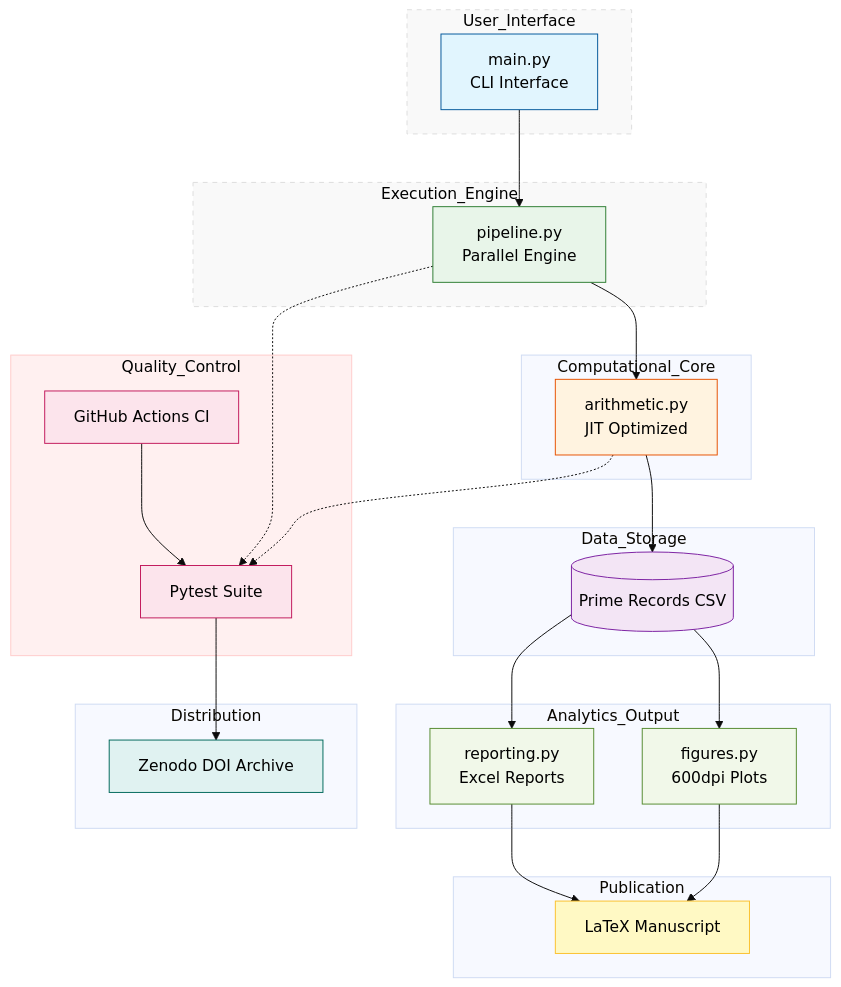
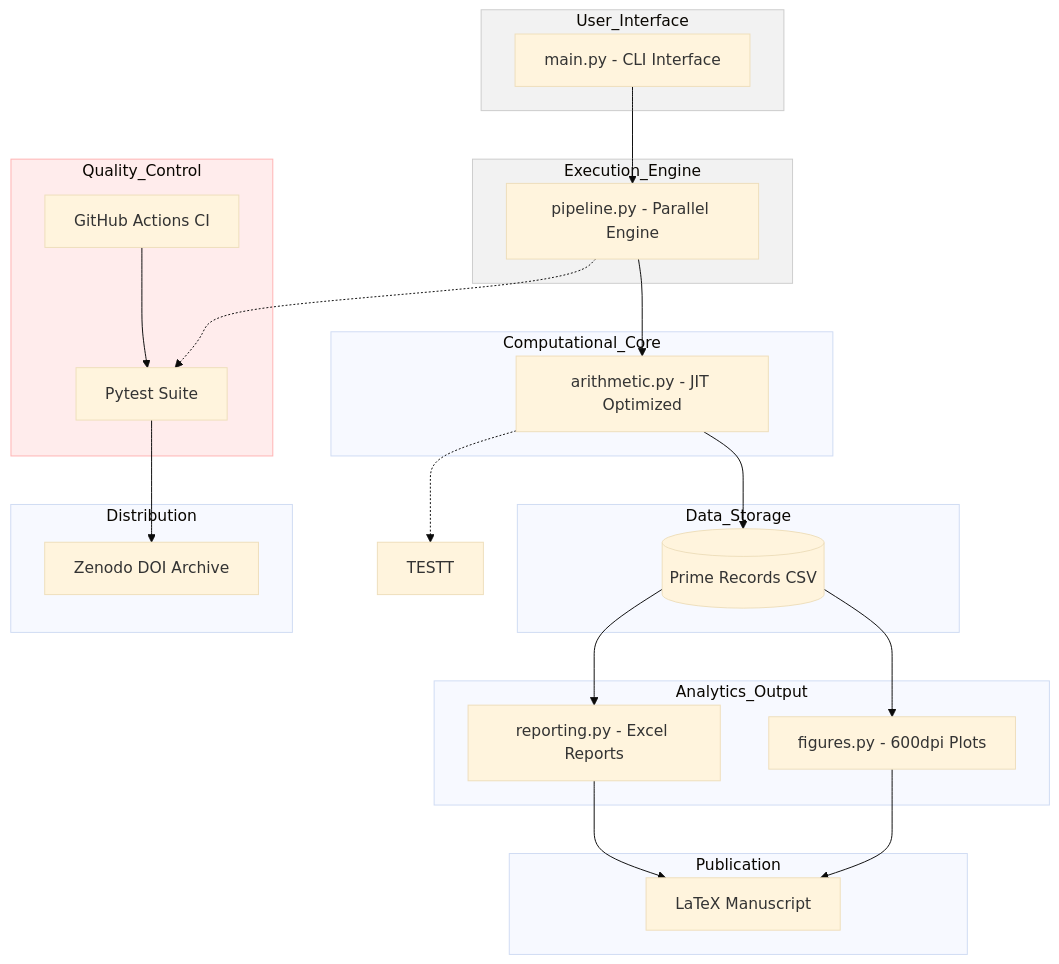
Before and after one commit to Majid-Ghandali/fibonacci-cm-elliptic: the diagram in README.md, drawn with Mermaid (base theme).

````diff
--- a/README.md
+++ b/README.md
@@ -75,98 +75,52 @@
 
 flowchart TD
 
-%% =========================
-%% Global Styles
-%% =========================
-classDef ui fill:#f9f9f9,stroke:#ddd,stroke-dasharray:5 5,color:#000
-classDef engine fill:#f9f9f9,stroke:#ddd,stroke-dasharray:5 5,color:#000
-classDef qc fill:#fff0f0,stroke:#ffcccb,color:#000
+%% ===== User Interface =====
+subgraph User_Interface
+    CLI[main.py - CLI Interface]
+end
+style User_Interface fill:#f2f2f2,stroke:#ccc
 
-classDef cli fill:#E1F5FE,stroke:#01579B,color:#000
-classDef pipe fill:#E8F5E9,stroke:#2E7D32,color:#000
-classDef arith fill:#FFF3E0,stroke:#E65100,color:#000
-classDef csv fill:#F3E5F5,stroke:#7B1FA2,color:#000
-classDef report fill:#F1F8E9,stroke:#558B2F,color:#000
-classDef fig fill:#F1F8E9,stroke:#558B2F,color:#000
-classDef paper fill:#FFF9C4,stroke:#FBC02D,color:#000
-classDef ci fill:#FCE4EC,stroke:#C2185B,color:#000
-classDef test fill:#FCE4EC,stroke:#C2185B,color:#000
-classDef zenodo fill:#E0F2F1,stroke:#00695C,color:#000
+%% ===== Execution Engine =====
+subgraph Execution_Engine
+    PIPE[pipeline.py - Parallel Engine]
+end
+style Execution_Engine fill:#f2f2f2,stroke:#ccc
 
-%% =========================
-%% User Interface
-%% =========================
-subgraph User_Interface
-    CLI[main.py<br/>CLI Interface]
+%% ===== Computational Core =====
+subgraph Computational_Core
+    ARITH[arithmetic.py - JIT Optimized]
 end
-class User_Interface ui
-class CLI cli
 
-%% =========================
-%% Execution Engine
-%% =========================
-subgraph Execution_Engine
-    PIPE[pipeline.py<br/>Parallel Engine]
-end
-class Execution_Engine engine
-class PIPE pipe
-
-%% =========================
-%% Computational Core
-%% =========================
-subgraph Computational_Core
-    ARITH[arithmetic.py<br/>JIT Optimized]
-end
-class ARITH arith
-
-%% =========================
-%% Data Storage
-%% =========================
+%% ===== Data Storage =====
 subgraph Data_Storage
     CSV[(Prime Records CSV)]
 end
-class CSV csv
 
-%% =========================
-%% Analytics & Visuals
-%% =========================
+%% ===== Analytics & Visuals =====
 subgraph Analytics_Output
-    REPORT[reporting.py<br/>Excel Reports]
-    FIG[figures.py<br/>600dpi Plots]
+    REPORT[reporting.py - Excel Reports]
+    FIG[figures.py - 600dpi Plots]
 end
-class REPORT report
-class FIG fig
 
-%% =========================
-%% Publication
-%% =========================
+%% ===== Publication =====
 subgraph Publication
     PAPER[LaTeX Manuscript]
 end
-class PAPER paper
 
-%% =========================
-%% Quality Control
-%% =========================
+%% ===== Quality Control =====
 subgraph Quality_Control
     CI[GitHub Actions CI]
     TEST[Pytest Suite]
 end
-class Quality_Control qc
-class CI ci
-class TEST test
+style Quality_Control fill:#ffecec,stroke:#ffb3b3
 
-%% =========================
-%% Distribution
-%% =========================
+%% ===== Distribution =====
 subgraph Distribution
     ZENODO[Zenodo DOI Archive]
 end
-class ZENODO zenodo
 
-%% =========================
-%% Connections
-%% =========================
+%% ===== Connections =====
 CLI --> PIPE
 PIPE --> ARITH
 ARITH --> CSV
@@ -179,5 +133,5 @@
 TEST --> ZENODO
 
 PIPE -.-> TEST
-ARITH -.-> TEST
+ARITH -.-> TESTT
 ```
````
